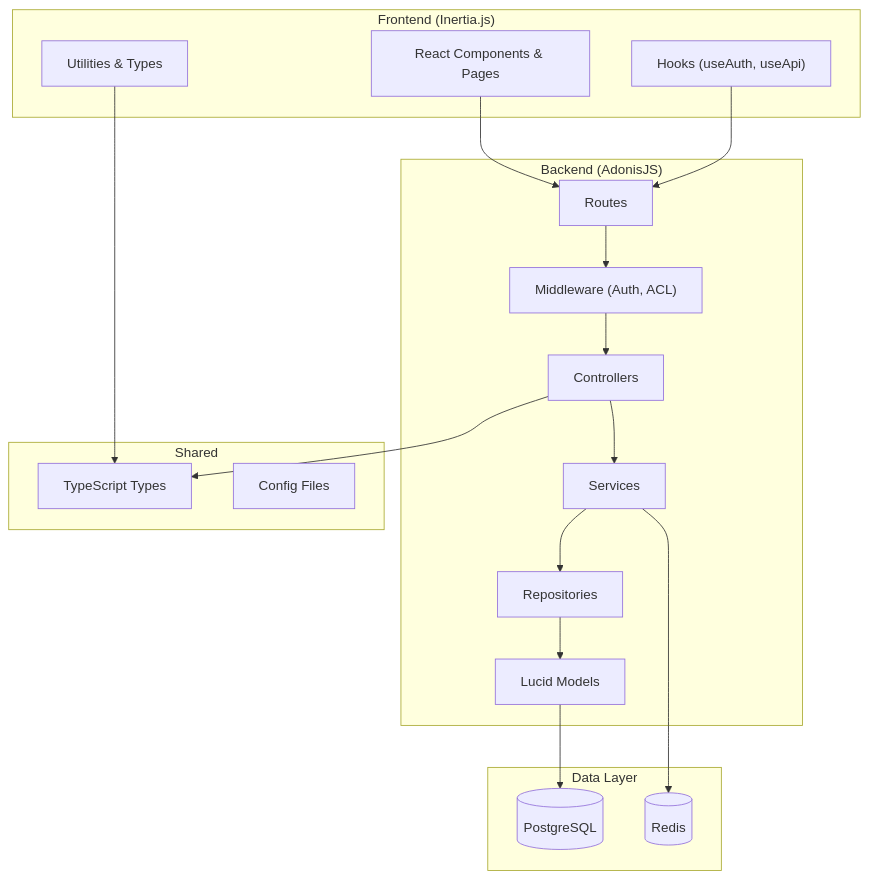
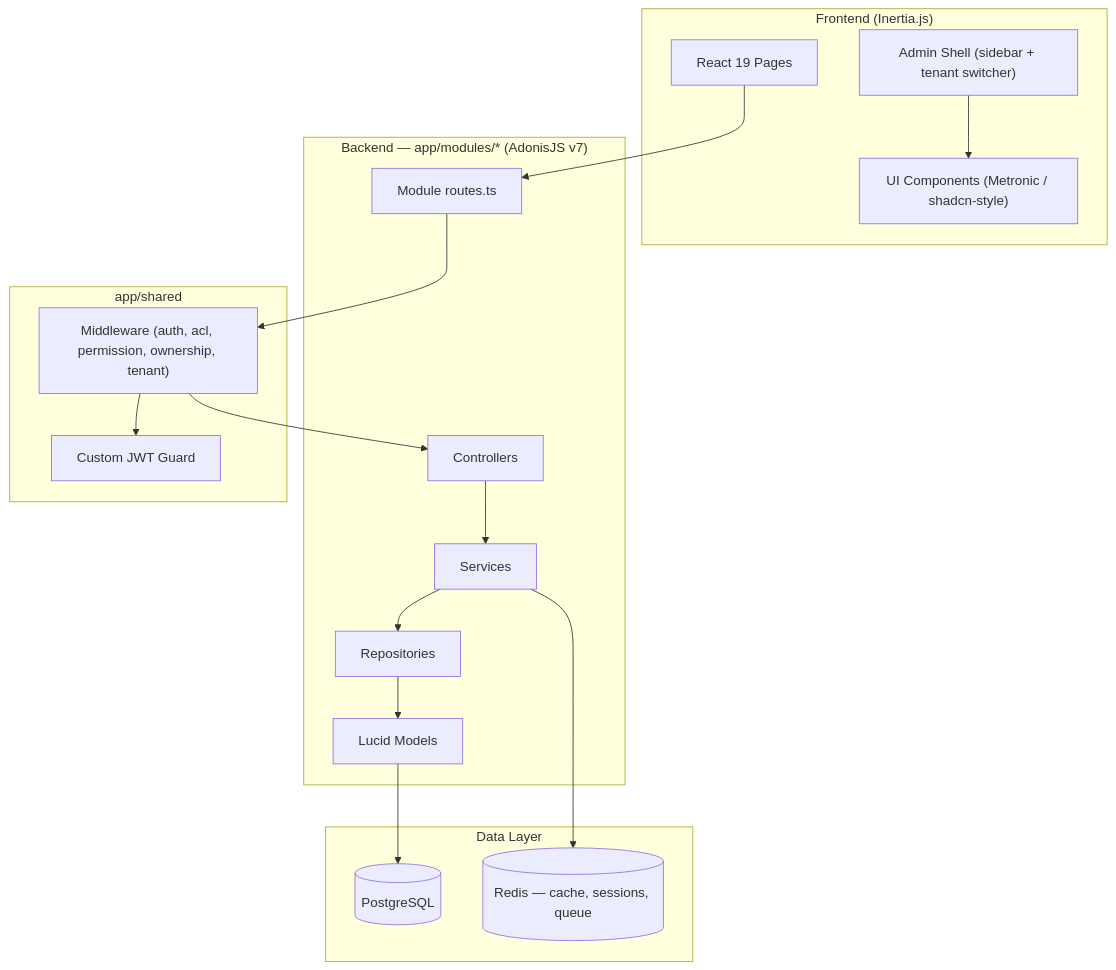
One commit to gabrielmaialva33/adonis-web-kit changed the diagram in README.md. Above: the diagram before and after it, drawn with Mermaid. The commit also changed other lines of this file and 3 other files, not shown here.

````diff
--- a/README.md
+++ b/README.md
@@ -41,41 +46,38 @@
 ```mermaid
 graph TD
     subgraph "Frontend (Inertia.js)"
-        FE_UI[React Components & Pages]
-        FE_HOOKS["Hooks (useAuth, useApi)"]
-        FE_UTILS[Utilities & Types]
+        FE_UI[React 19 Pages]
+        FE_LAYOUT["Admin Shell (sidebar + tenant switcher)"]
+        FE_COMPONENTS["UI Components (Metronic / shadcn-style)"]
     end
 
-    subgraph "Backend (AdonisJS)"
-        BE_ROUTES[Routes]
-        BE_MW["Middleware (Auth, ACL)"]
+    subgraph "Backend — app/modules/* (AdonisJS v7)"
+        BE_ROUTES["Module routes.ts"]
         BE_CTRL[Controllers]
         BE_SERVICES[Services]
         BE_REPOS[Repositories]
         BE_MODELS[Lucid Models]
     end
 
-    subgraph "Shared"
-        SHARED_TYPES[TypeScript Types]
-        SHARED_CONFIG[Config Files]
+    subgraph "app/shared"
+        SH_MW["Middleware (auth, acl, permission, ownership, tenant)"]
+        SH_JWT[Custom JWT Guard]
     end
 
     subgraph "Data Layer"
         DB[(PostgreSQL)]
-        CACHE[(Redis)]
+        CACHE[(Redis — cache, sessions, queue)]
     end
 
     FE_UI --> BE_ROUTES
-    BE_ROUTES --> BE_MW
-    BE_MW --> BE_CTRL
+    FE_LAYOUT --> FE_COMPONENTS
+    BE_ROUTES --> SH_MW
+    SH_MW --> SH_JWT
+    SH_MW --> BE_CTRL
     BE_CTRL --> BE_SERVICES
     BE_SERVICES --> BE_REPOS
     BE_REPOS --> BE_MODELS
     BE_MODELS --> DB
 
     BE_SERVICES --> CACHE
-    FE_HOOKS --> BE_ROUTES
-
-    FE_UTILS --> SHARED_TYPES
-    BE_CTRL --> SHARED_TYPES
 ```
````
